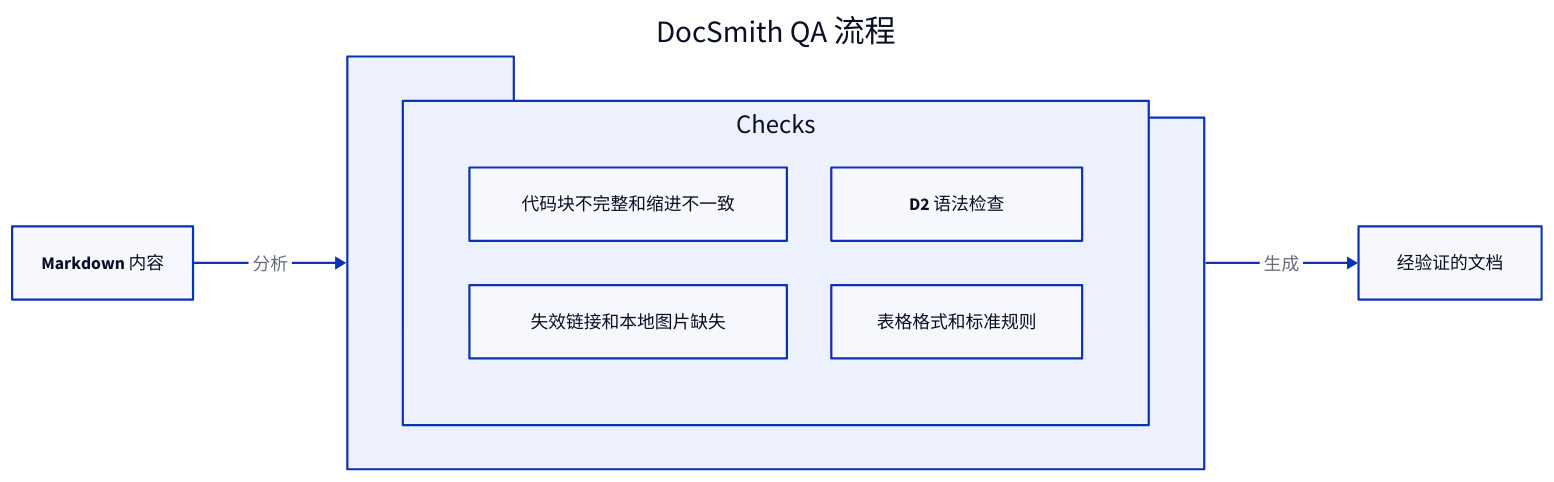
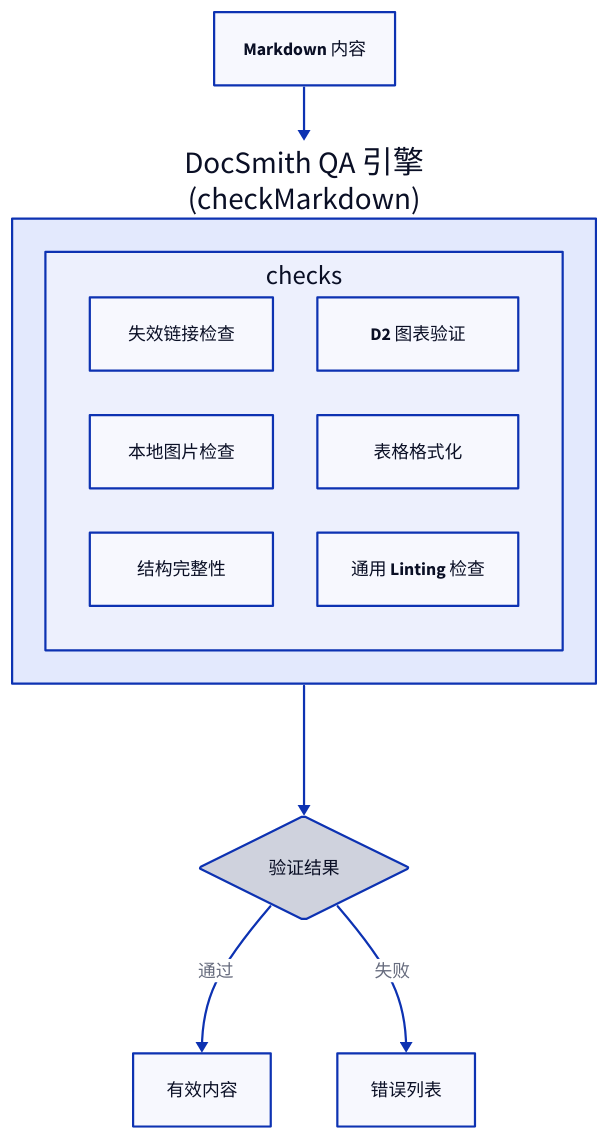
One commit to AIGNE-io/aigne-doc-smith changed the diagram in docs/advanced-quality-assurance.zh.md. Above: the diagram before and after it, drawn with D2. The commit also changed other lines of this file and 39 other files, not shown here.

````diff
--- a/docs/advanced-quality-assurance.zh.md
+++ b/docs/advanced-quality-assurance.zh.md
@@ -11,22 +32,38 @@
-```d2
-direction: right
+```d2 DocSmith QA 流程
+direction: down
 
-Input: "Markdown 内容"
+markdown-content: {
+  label: "Markdown 内容"
+  shape: rectangle
+}
 
-QA_Pipeline: "DocSmith QA 流程" {
-  shape: package
-  
-  Checks: {
+qa-engine: {
+  label: "DocSmith QA 引擎\n(checkMarkdown)"
+  shape: rectangle
+
+  checks: {
     grid-columns: 2
-    "结构完整性": "代码块不完整和缩进不一致"
-    "链接和资源健康状况": "失效链接和本地图片缺失"
-    "图表验证": "D2 语法检查"
-    "Markdown 语法检查": "表格格式和标准规则"
+    grid-gap: 40
+
+    link-check: "失效链接检查"
+    image-check: "本地图片检查"
+    structure-check: "结构完整性"
+    diagram-check: "D2 图表验证"
+    table-check: "表格格式化"
+    lint-check: "通用 Linting 检查"
   }
 }
 
-Output: "经验证的文档"
+output: {
+  label: "验证结果"
+  shape: diamond
+}
 
-Input -> QA_Pipeline: "分析"
-QA_Pipeline -> Output: "生成"
+success: "有效内容"
+errors: "错误列表"
+
+markdown-content -> qa-engine
+qa-engine -> output
+output -> success: "通过"
+output -> errors: "失败"
 ```
````
